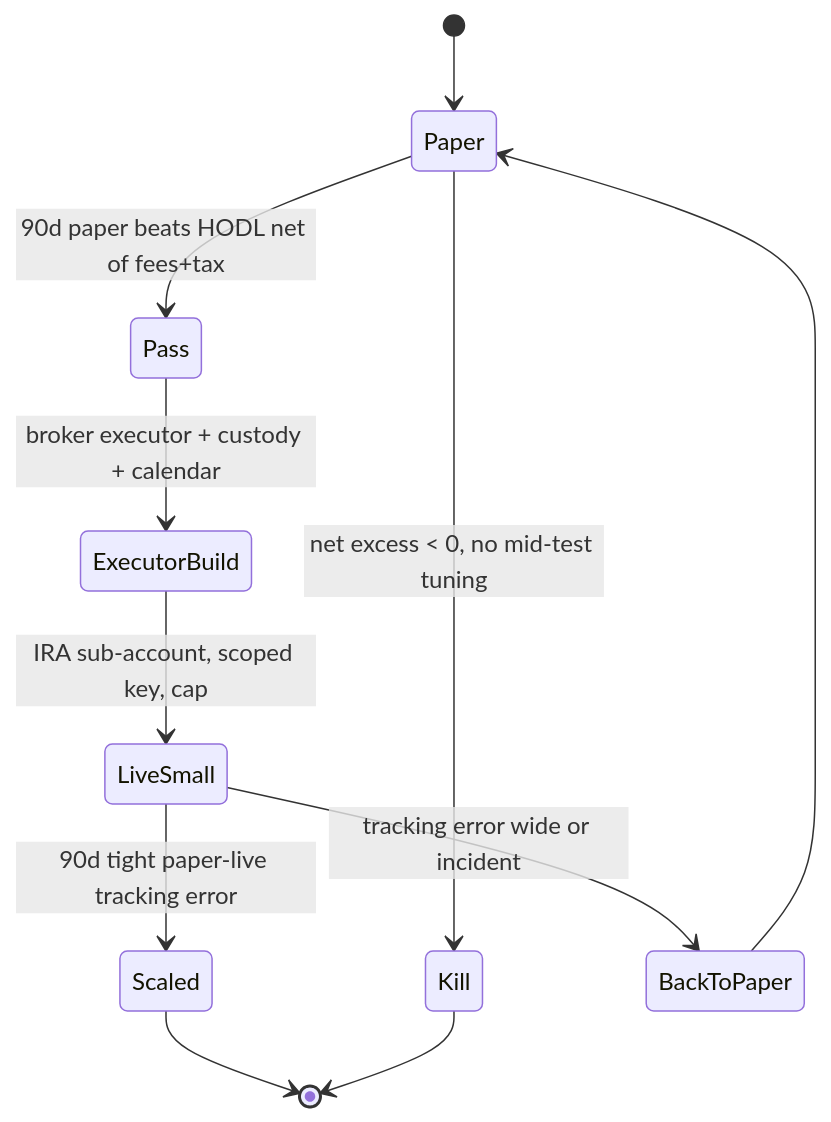
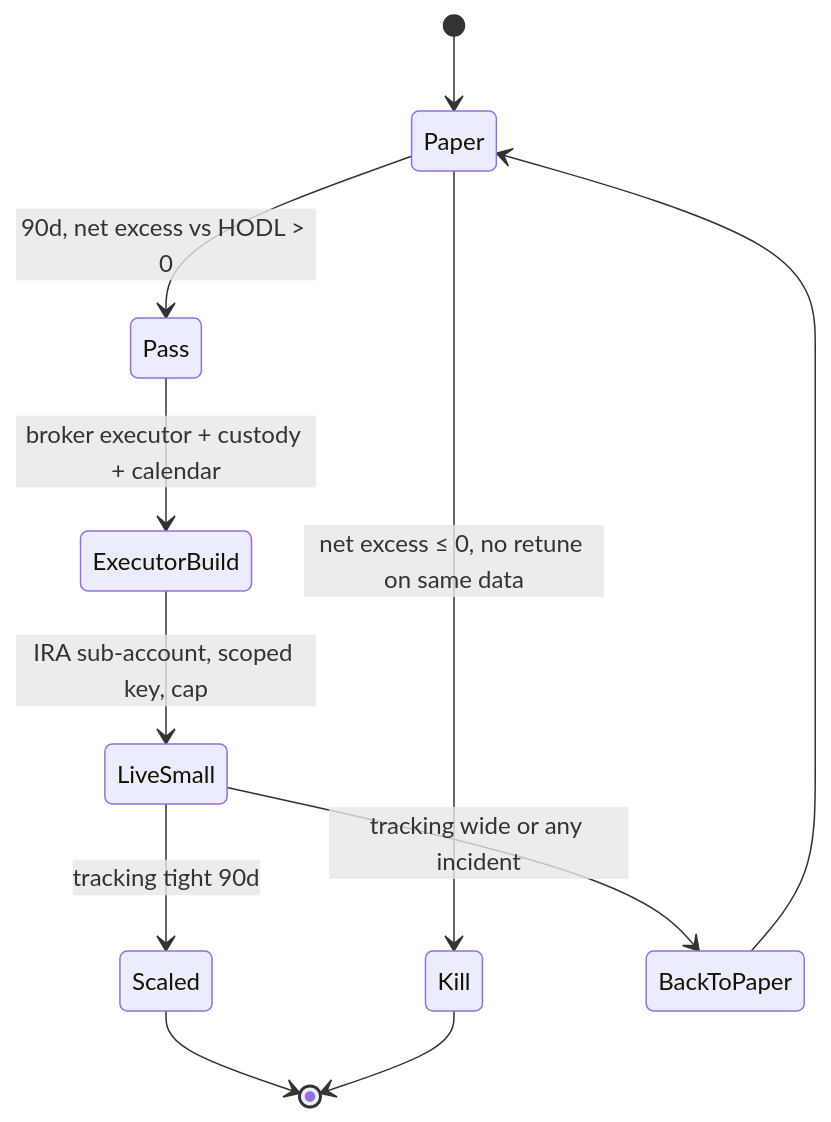
The second of 2 diagrams in conductor/tracks/backlog/006-equity-index/spec.md (fsiddiqi/defi-jev), drawn with Mermaid before and after one commit. The commit also changed other lines of this file and 2 other files, not shown here.

````diff
--- a/conductor/tracks/backlog/006-equity-index/spec.md
+++ b/conductor/tracks/backlog/006-equity-index/spec.md
@@ -39,13 +44,13 @@
 ```mermaid
 stateDiagram-v2
     [*] --> Paper
-    Paper --> Pass : 90d paper beats HODL net of fees+tax
-    Paper --> Kill : net excess < 0, no mid-test tuning
+    Paper --> Pass : 90d, net excess vs HODL > 0
+    Paper --> Kill : net excess ≤ 0, no retune on same data
     Pass --> ExecutorBuild : broker executor + custody + calendar
     ExecutorBuild --> LiveSmall : IRA sub-account, scoped key, cap
-    LiveSmall --> Scaled : 90d tight paper-live tracking error
-    LiveSmall --> BackToPaper : tracking error wide or incident
+    LiveSmall --> Scaled : tracking tight 90d
+    LiveSmall --> BackToPaper : tracking wide or any incident
     BackToPaper --> Paper
     Scaled --> [*]
     Kill --> [*]
 ```
````
